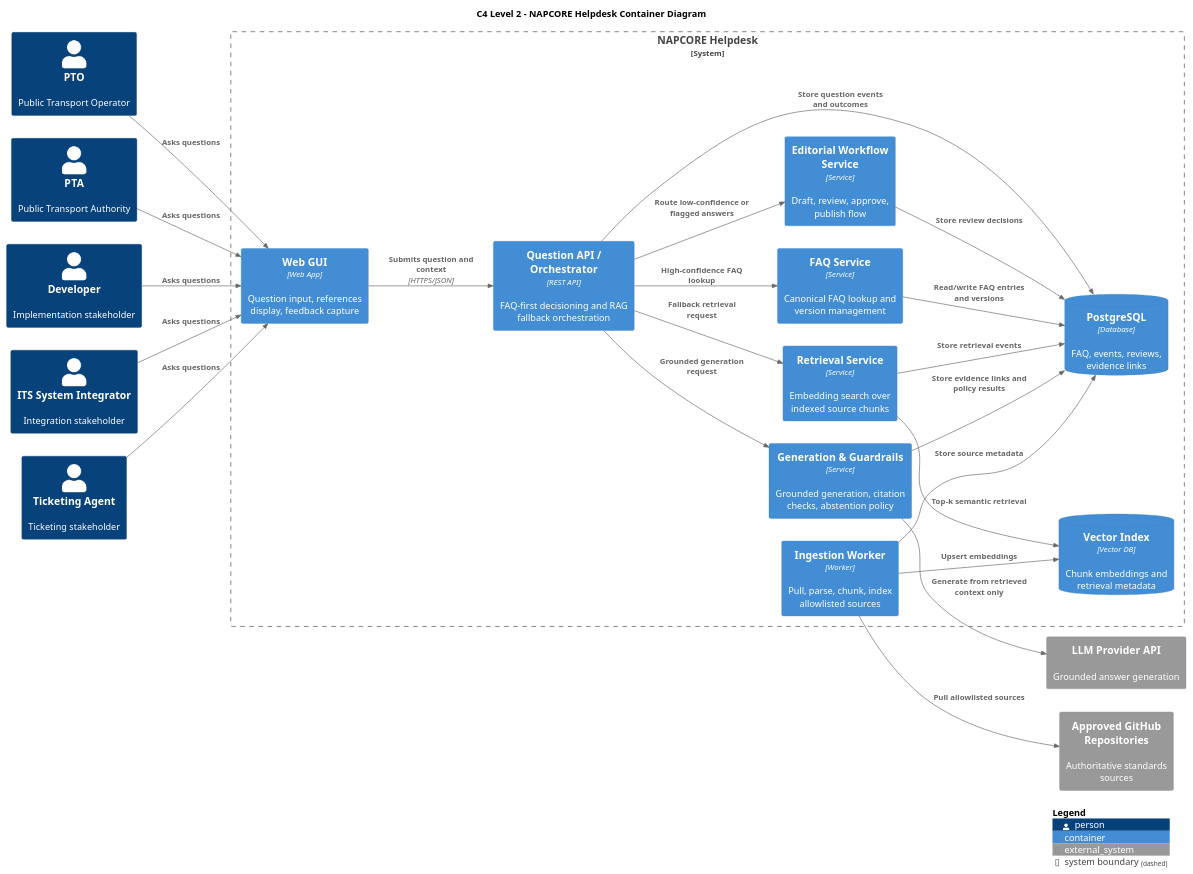
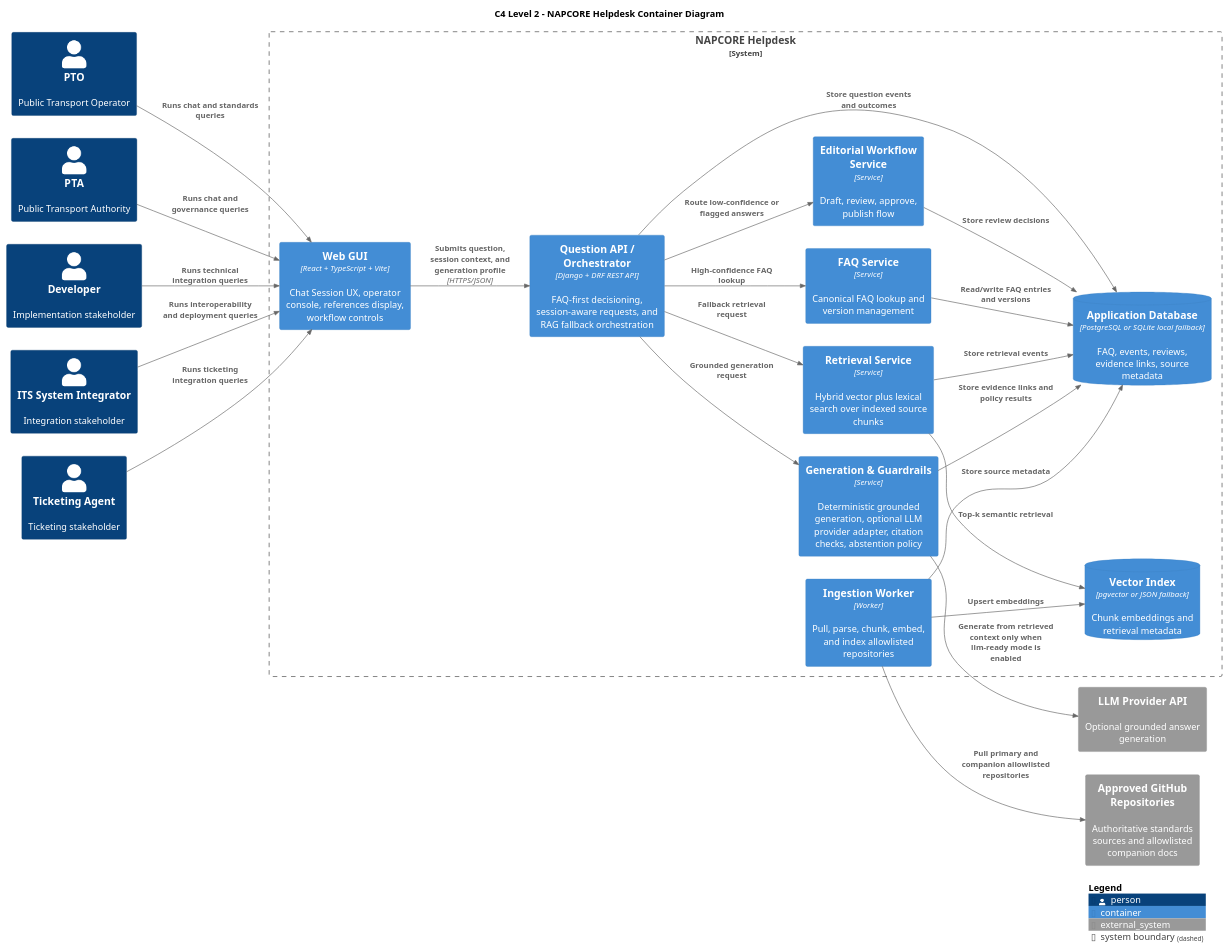
The diagram in docs/architecture/c4-container.puml (UM-KGPI/NapcoreHelpdesk), drawn with PlantUML before and after one commit. The commit also changed 36 other files, not shown here.

Commit message:
feat(helpdesk): add chat UX, llm-ready flow, docs, and updated slides

```diff
--- a/docs/architecture/c4-container.puml
+++ b/docs/architecture/c4-container.puml
@@ -1,54 +1,54 @@
 @startuml
 !includeurl https://raw.githubusercontent.com/plantuml-stdlib/C4-PlantUML/master/C4_Container.puml
 
 LAYOUT_LEFT_RIGHT()
 
 title C4 Level 2 - NAPCORE Helpdesk Container Diagram
 
 Person(pto, "PTO", "Public Transport Operator")
 Person(pta, "PTA", "Public Transport Authority")
 Person(dev, "Developer", "Implementation stakeholder")
 Person(integrator, "ITS System Integrator", "Integration stakeholder")
 Person(ticketing, "Ticketing Agent", "Ticketing stakeholder")
 
-System_Ext(github, "Approved GitHub Repositories", "Authoritative standards sources")
-System_Ext(llm, "LLM Provider API", "Grounded answer generation")
+System_Ext(github, "Approved GitHub Repositories", "Authoritative standards sources and allowlisted companion docs")
+System_Ext(llm, "LLM Provider API", "Optional grounded answer generation")
 
 System_Boundary(boundary, "NAPCORE Helpdesk") {
-  Container(gui, "Web GUI", "Web App", "Question input, references display, feedback capture")
-  Container(api, "Question API / Orchestrator", "REST API", "FAQ-first decisioning and RAG fallback orchestration")
+  Container(gui, "Web GUI", "React + TypeScript + Vite", "Chat Session UX, operator console, references display, workflow controls")
+  Container(api, "Question API / Orchestrator", "Django + DRF REST API", "FAQ-first decisioning, session-aware requests, and RAG fallback orchestration")
   Container(faq, "FAQ Service", "Service", "Canonical FAQ lookup and version management")
-  Container(retrieval, "Retrieval Service", "Service", "Embedding search over indexed source chunks")
-  Container(guardrails, "Generation & Guardrails", "Service", "Grounded generation, citation checks, abstention policy")
+  Container(retrieval, "Retrieval Service", "Service", "Hybrid vector plus lexical search over indexed source chunks")
+  Container(guardrails, "Generation & Guardrails", "Service", "Deterministic grounded generation, optional LLM provider adapter, citation checks, abstention policy")
   Container(editorial, "Editorial Workflow Service", "Service", "Draft, review, approve, publish flow")
-  Container(ingest, "Ingestion Worker", "Worker", "Pull, parse, chunk, index allowlisted sources")
-  ContainerDb(pg, "PostgreSQL", "Database", "FAQ, events, reviews, evidence links")
-  ContainerDb(vdb, "Vector Index", "Vector DB", "Chunk embeddings and retrieval metadata")
+  Container(ingest, "Ingestion Worker", "Worker", "Pull, parse, chunk, embed, and index allowlisted repositories")
+  ContainerDb(pg, "Application Database", "PostgreSQL or SQLite local fallback", "FAQ, events, reviews, evidence links, source metadata")
+  ContainerDb(vdb, "Vector Index", "pgvector or JSON fallback", "Chunk embeddings and retrieval metadata")
 }
 
-Rel(pto, gui, "Asks questions")
-Rel(pta, gui, "Asks questions")
-Rel(dev, gui, "Asks questions")
-Rel(integrator, gui, "Asks questions")
-Rel(ticketing, gui, "Asks questions")
+Rel(pto, gui, "Runs chat and standards queries")
+Rel(pta, gui, "Runs chat and governance queries")
+Rel(dev, gui, "Runs technical integration queries")
+Rel(integrator, gui, "Runs interoperability and deployment queries")
+Rel(ticketing, gui, "Runs ticketing integration queries")
 
-Rel(gui, api, "Submits question and context", "HTTPS/JSON")
+Rel(gui, api, "Submits question, session context, and generation profile", "HTTPS/JSON")
 Rel(api, faq, "High-confidence FAQ lookup")
 Rel(api, retrieval, "Fallback retrieval request")
 Rel(api, guardrails, "Grounded generation request")
 Rel(api, editorial, "Route low-confidence or flagged answers")
 Rel(api, pg, "Store question events and outcomes")
 
 Rel(faq, pg, "Read/write FAQ entries and versions")
 Rel(retrieval, vdb, "Top-k semantic retrieval")
 Rel(retrieval, pg, "Store retrieval events")
-Rel(guardrails, llm, "Generate from retrieved context only")
+Rel(guardrails, llm, "Generate from retrieved context only when llm-ready mode is enabled")
 Rel(guardrails, pg, "Store evidence links and policy results")
 Rel(editorial, pg, "Store review decisions")
-Rel(ingest, github, "Pull allowlisted sources")
+Rel(ingest, github, "Pull primary and companion allowlisted repositories")
 Rel(ingest, vdb, "Upsert embeddings")
 Rel(ingest, pg, "Store source metadata")
 
 SHOW_LEGEND()
 
 @enduml
```
